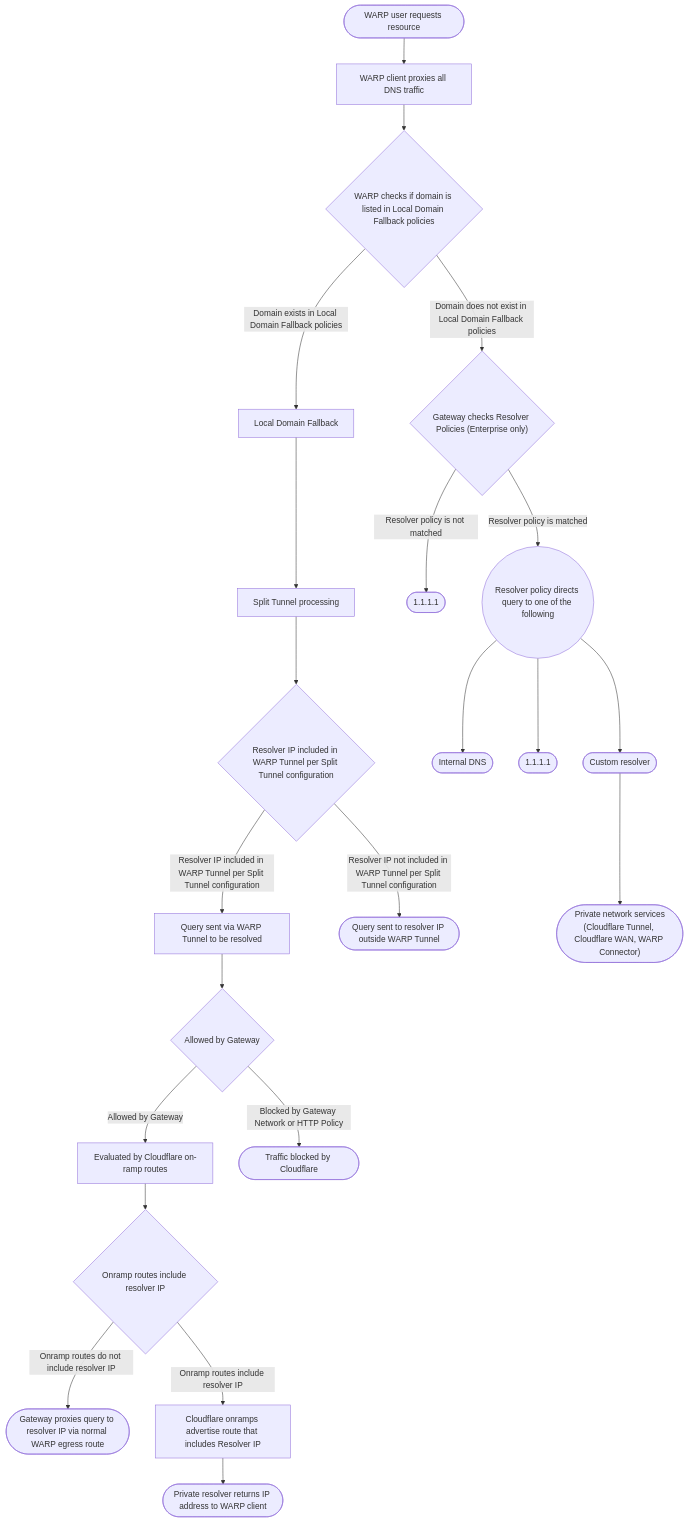
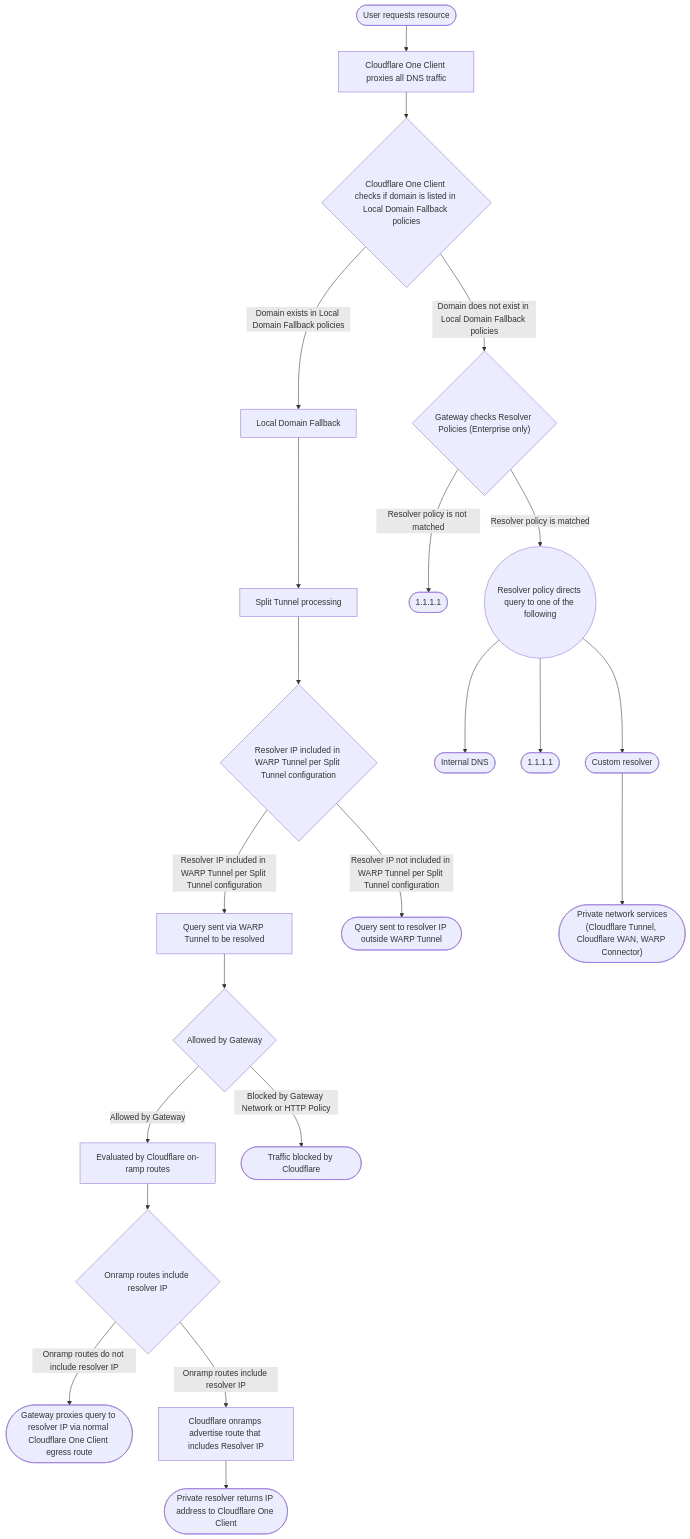
Before and after one commit to rdhanarot/cloudflare-docs: the diagram in src/content/docs/cloudflare-one/team-and-resources/devices/cloudflare-one-client/configure/route-traffic/index.mdx, drawn with Mermaid. The commit also changed 22 other files, not shown here.

First line of the commit message:
[ZT] WARP Client --> Cloudflare One Client image audit (#29104)

````diff
--- a/src/content/docs/cloudflare-one/team-and-resources/devices/cloudflare-one-client/configure/route-traffic/index.mdx
+++ b/src/content/docs/cloudflare-one/team-and-resources/devices/cloudflare-one-client/configure/route-traffic/index.mdx
@@ -30,38 +30,38 @@
 ```mermaid
 flowchart TD
     %% Accessibility
-    accTitle: How the WARP client handles DNS requests
-    accDescr: Flowchart describing how the WARP client routes DNS queries when using Local Domain Fallback, Split Tunnels, and Gateway resolver policies.
+    accTitle: How the Cloudflare One Client handles DNS requests
+    accDescr: Flowchart describing how the Cloudflare One Client routes DNS queries when using Local Domain Fallback, Split Tunnels, and Gateway resolver policies.
 
-    A(["WARP user requests resource"]) --> B["WARP client proxies all DNS traffic"]
-    B --> LDFCHK{"WARP checks if domain is listed in Local Domain Fallback policies"}
+    A(["User requests resource"]) --> B["Cloudflare One Client proxies all DNS traffic"]
+    B --> LDFCHK{"Cloudflare One Client checks if domain is listed in Local Domain Fallback policies"}
 
     %% Left branch (LDF exists)
     LDFCHK -- Domain exists in Local Domain Fallback policies --> C["Local Domain Fallback"]
     C --> ST["Split Tunnel processing"]
 
     ST --> STCHK{"Resolver IP included in WARP Tunnel per Split Tunnel configuration"}
     STCHK -- Resolver IP included in WARP Tunnel per Split Tunnel configuration --> QW["Query sent via WARP Tunnel to be resolved"]
     STCHK -- Resolver IP not included in WARP Tunnel per Split Tunnel configuration --> QO(["Query sent to resolver IP outside WARP Tunnel"])
 
     %% Gateway evaluation after query via WARP
     QW --> GWALLOW{"Allowed by Gateway"}
     GWALLOW -- Allowed by Gateway --> OR["Evaluated by Cloudflare on-ramp routes"]
     GWALLOW -- Blocked by Gateway Network or HTTP Policy --> BLK(["Traffic blocked by Cloudflare"])
 
     OR --> ORCHK{"Onramp routes include resolver IP"}
-    ORCHK -- Onramp routes do not include resolver IP --> GP(["Gateway proxies query to resolver IP via normal WARP egress route"])
+    ORCHK -- Onramp routes do not include resolver IP --> GP(["Gateway proxies query to resolver IP via normal Cloudflare One Client egress route"])
     ORCHK -- Onramp routes include resolver IP --> ADV["Cloudflare onramps advertise route that includes Resolver IP"]
-    ADV --> PR(["Private resolver returns IP address to WARP client"])
+    ADV --> PR(["Private resolver returns IP address to Cloudflare One Client"])
 
     %% Right branch (no LDF match)
     LDFCHK -- Domain does not exist in Local Domain Fallback policies --> GWR{"Gateway checks Resolver Policies (Enterprise only)"}
 
     GWR -- Resolver policy is not matched --> C1111a(["1.1.1.1"])
 
     GWR -- Resolver policy is matched --> MATCH(("Resolver policy directs query to one of the following"))
     MATCH --> IDNS(["Internal DNS"])
     MATCH --> C1111b(["1.1.1.1"])
     MATCH --> CUST(["Custom resolver"])
     CUST --> PNS(["Private network services<br>(Cloudflare Tunnel, Cloudflare WAN, WARP Connector)"])
 ```
````
